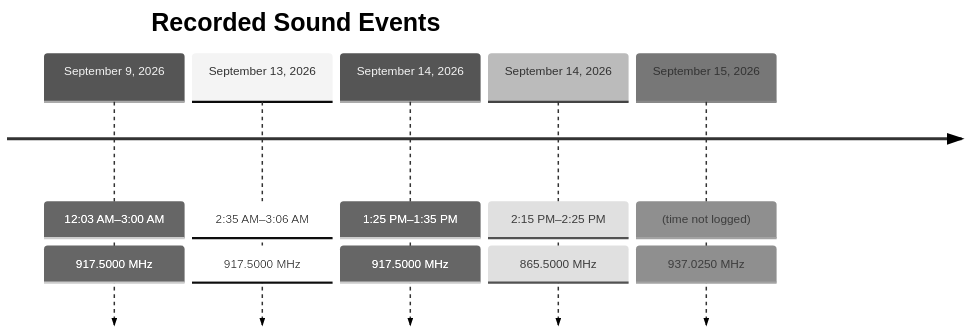
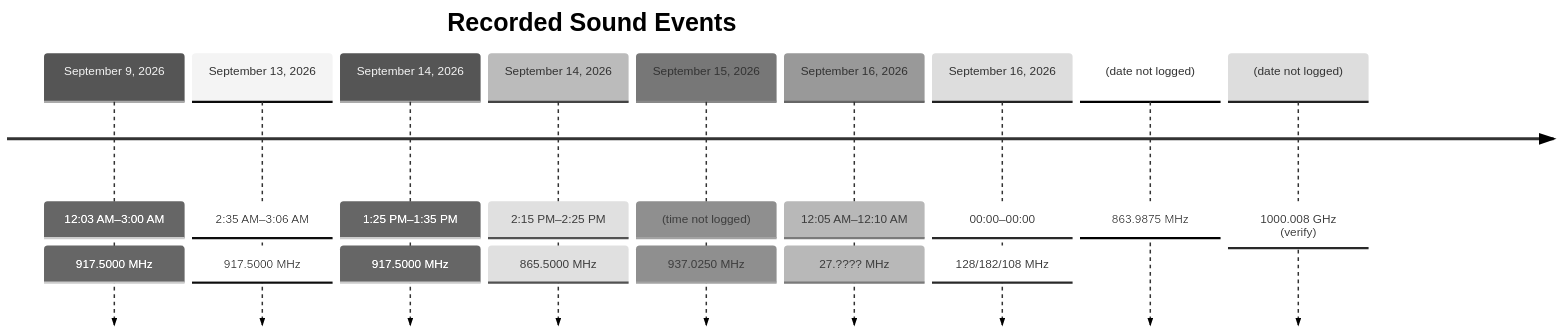
The sixth of 10 diagrams in README.md (DuckyOnQuack-999/ELECTROMAGNETIC-AUDIO-TRANSDUCTION-AND-DEMODULATION), drawn with Mermaid (neutral theme) before and after one commit. The commit also changed other lines of this file, not shown here.

````diff
--- a/README.md
+++ b/README.md
@@ -508,9 +725,13 @@
 ```mermaid
 timeline
     title Recorded Sound Events
     September 9, 2026 : 12:03 AM–3:00 AM : 917.5000 MHz
     September 13, 2026 : 2:35 AM–3:06 AM : 917.5000 MHz
     September 14, 2026 : 1:25 PM–1:35 PM : 917.5000 MHz
     September 14, 2026 : 2:15 PM–2:25 PM : 865.5000 MHz
     September 15, 2026 : (time not logged) : 937.0250 MHz
+    September 16, 2026 : 12:05 AM–12:10 AM : 27.???? MHz
+    September 16, 2026 : 00:00–00:00 : 128/182/108 MHz
+    (date not logged) : 863.9875 MHz
+    (date not logged) : 1000.008 GHz (verify)
 ```
````
